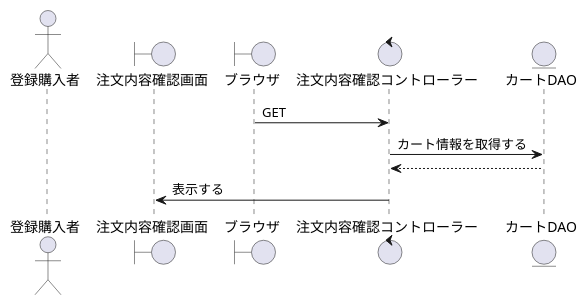
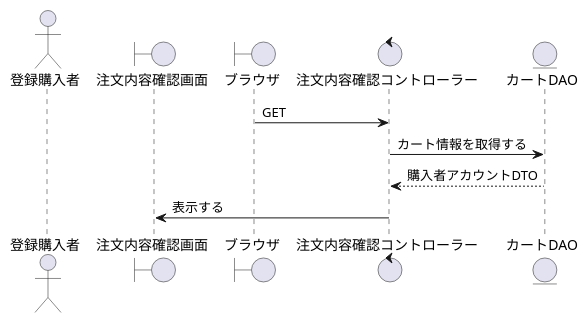
Before and after one commit to SK-B-S/PJ: the diagram in PJ_シーケンス/購入者/注文内容確認画面を表示.wsd, drawn with PlantUML. The commit also changed 2 other files, not shown here.

```diff
--- a/PJ_シーケンス/購入者/注文内容確認画面を表示.wsd
+++ b/PJ_シーケンス/購入者/注文内容確認画面を表示.wsd
@@ -1,16 +1,16 @@
 @startuml 注文内容確認を表示
 
 actor    "登録購入者" as account
 boundary "注文内容確認画面" as change_password
 boundary "ブラウザ" as brz
 control  "注文内容確認コントローラー" as change_password_c
 entity   "カートDAO" as cart_dao
 
 '----------------------------------------------------------------------'
 
 brz ->  change_password_c : GET
 change_password_c -> cart_dao : カート情報を取得する
-cart_dao --> change_password_c
+cart_dao --> change_password_c : 購入者アカウントDTO
 change_password  <-  change_password_c : 表示する
 
 @enduml
```
